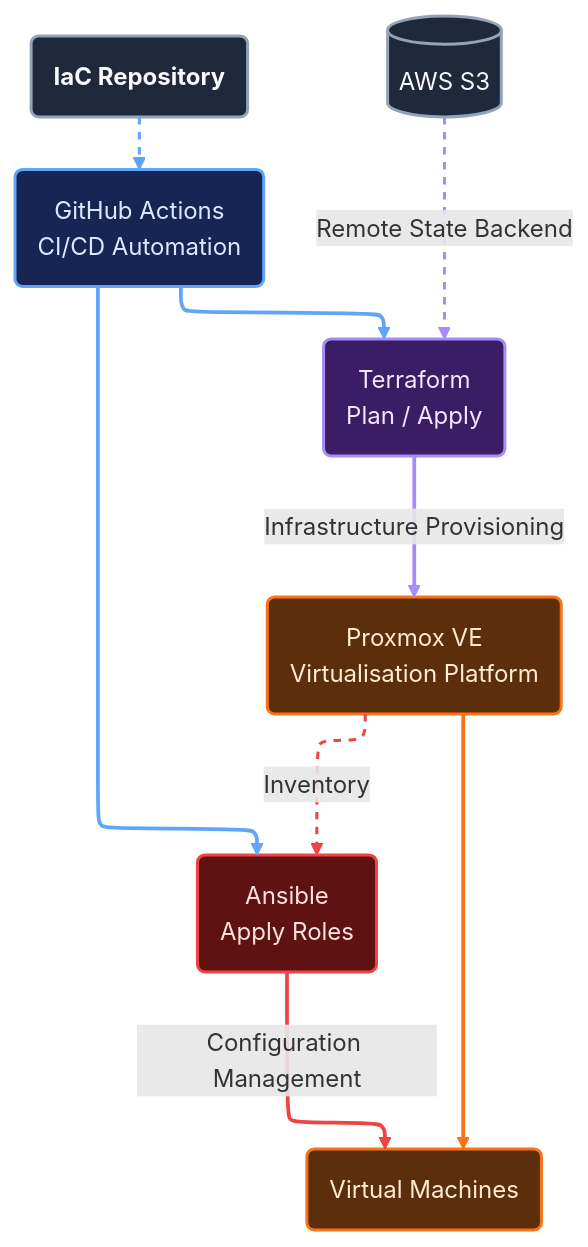
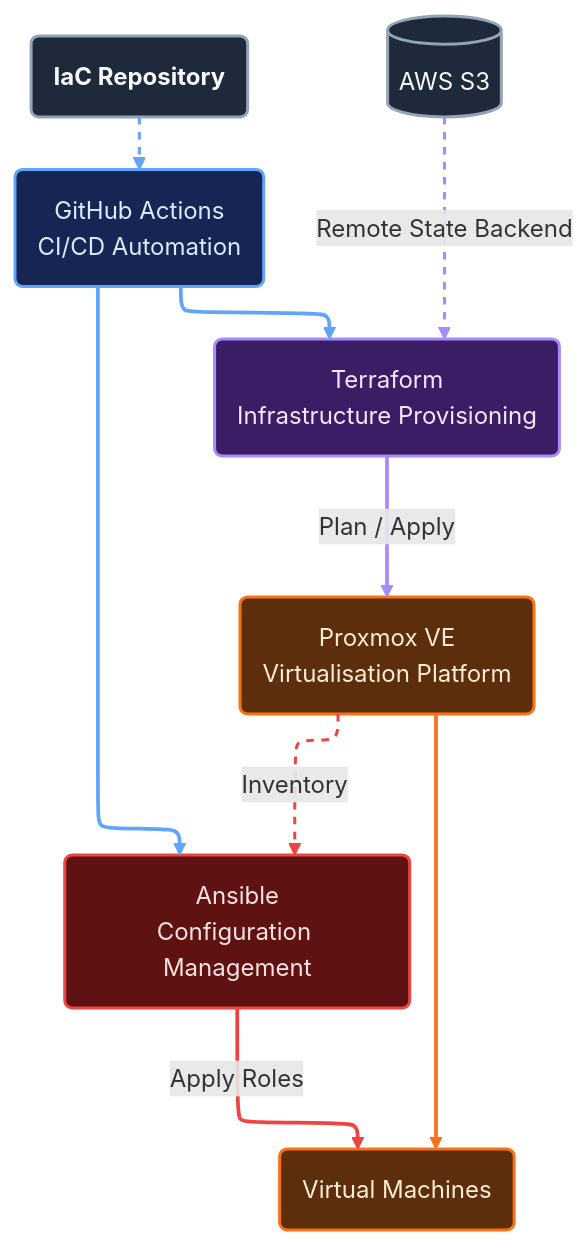
Before and after one commit to rauland/iac: the diagram in README.md, drawn with Mermaid.

````diff
--- a/README.md
+++ b/README.md
@@ -10,50 +10,50 @@
 ```mermaid
 ---
 config:
   layout: elk
   flowchart:
     curve: basis
     htmlLabels: true
 ---
 graph TD
     repo("<b>IaC Repository")
     actions("GitHub Actions<br/>CI/CD Automation")
-    tf("Terraform<br/>Plan / Apply")
+    tf("Terraform<br/>Infrastructure Provisioning")
     s3[("AWS S3")]
     pve("Proxmox VE<br/>Virtualisation Platform")
-    ansible("Ansible<br/>Apply Roles")
+    ansible("Ansible<br/>Configuration Management")
     vms("Virtual Machines")
 
     repo --> actions
     actions --> tf
     actions --> ansible
     s3 -->|Remote State Backend| tf
-    tf -->|Infrastructure Provisioning| pve
+    tf -->|Plan / Apply| pve
     pve --> vms
     pve -->|Inventory| ansible
-    ansible -->|Configuration Management| vms
+    ansible -->|Apply Roles| vms
 
     classDef cloud fill:#1E293B,stroke:#94A3B8,color:#F8FAFC,stroke-width:2px
     classDef cicd fill:#172554,stroke:#60A5FA,color:#DBEAFE,stroke-width:2px
     classDef terraform fill:#3B1D66,stroke:#A78BFA,color:#F3E8FF,stroke-width:2px
     classDef ansible fill:#5F1212,stroke:#EF4444,color:#FEE2E2,stroke-width:2px
     classDef infra fill:#5C2E0B,stroke:#F97316,color:#FFEDD5,stroke-width:2px
 
     class repo cloud
     class actions cicd
     class tf terraform
     class ansible ansible
     class pve infra
     class s3 cloud
     class vms infra
 
     linkStyle 0 stroke:#60A5FA,stroke-width:2px,stroke-dasharray:5 5
     linkStyle 1 stroke:#60A5FA,stroke-width:2.5px
     linkStyle 2 stroke:#60A5FA,stroke-width:2.5px
     linkStyle 3 stroke:#A78BFA,stroke-width:2px,stroke-dasharray:5 5
     linkStyle 4 stroke:#A78BFA,stroke-width:2.5px
     linkStyle 5 stroke:#F97316,stroke-width:2.5px
     linkStyle 6 stroke:#EF4444,stroke-width:2px,stroke-dasharray:5 5
     linkStyle 7 stroke:#EF4444,stroke-width:2.5px
 
 ```
````
